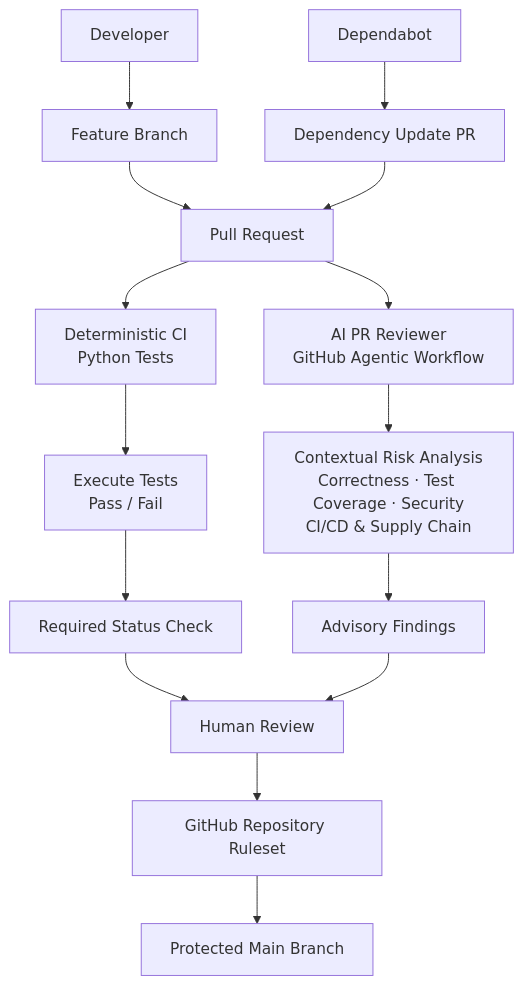
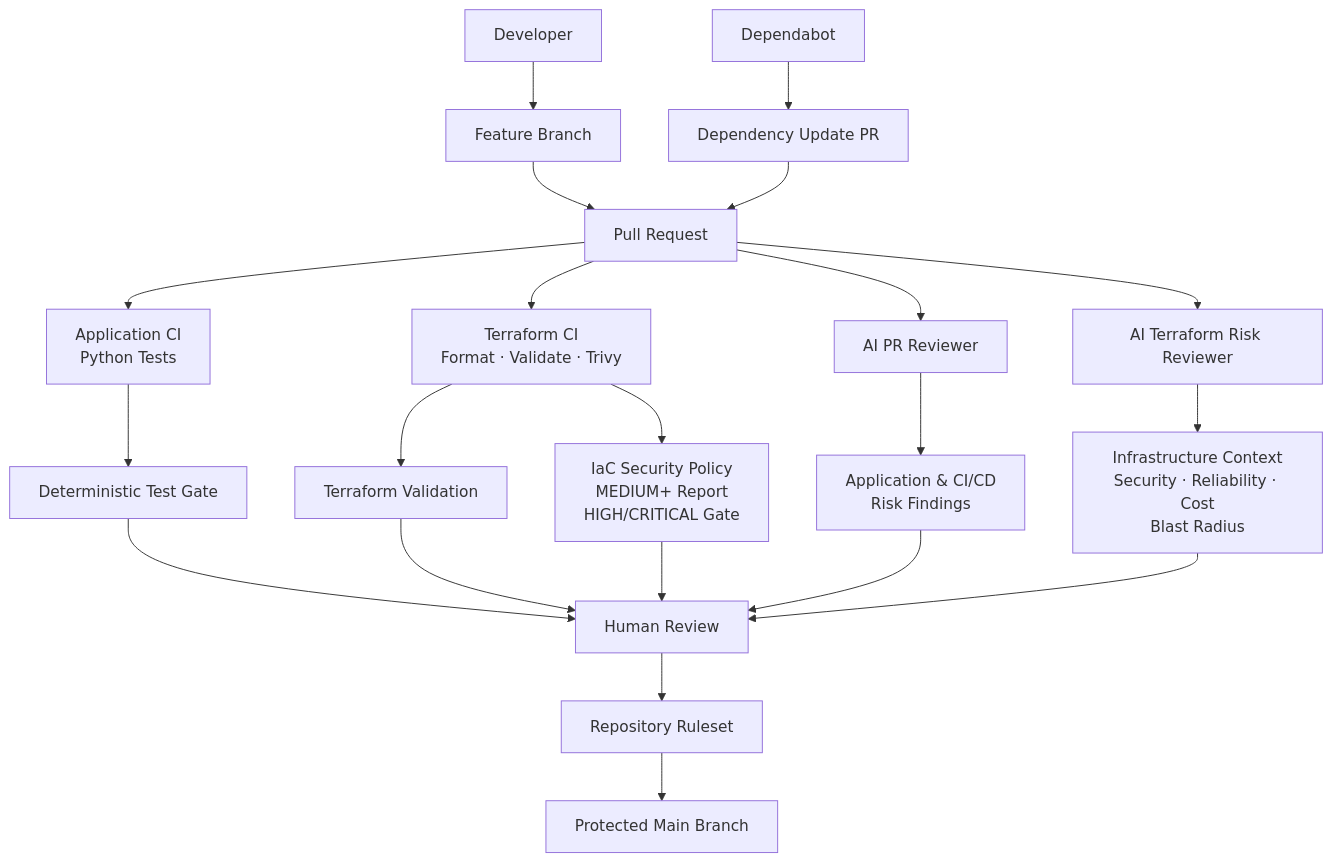
Before and after one commit to StarAndStripe/agentic-devsecops-pipeline: the diagram in README.md, drawn with Mermaid. The commit also changed other lines of this file and 12 other files, not shown here.

First line of the commit message:
feat: add Terraform infrastructure risk review demo (#8)

````diff
--- a/README.md
+++ b/README.md
@@ -50,23 +51,32 @@
 ```mermaid
 flowchart TD
+
     DEV["Developer"] --> BRANCH["Feature Branch"]
     BRANCH --> PR["Pull Request"]
 
     DEP["Dependabot"] --> UPDATE["Dependency Update PR"]
     UPDATE --> PR
 
-    PR --> CI["Deterministic CI<br/>Python Tests"]
-    PR --> AGENT["AI PR Reviewer<br/>GitHub Agentic Workflow"]
+    PR --> APP_CI["Application CI<br/>Python Tests"]
+    PR --> TF_CI["Terraform CI<br/>Format · Validate · Trivy"]
+    PR --> PR_AGENT["AI PR Reviewer"]
+    PR --> TF_AGENT["AI Terraform Risk Reviewer"]
 
-    CI --> TESTS["Execute Tests<br/>Pass / Fail"]
-    TESTS --> REQUIRED["Required Status Check"]
+    APP_CI --> TEST_GATE["Deterministic Test Gate"]
 
-    AGENT --> ANALYSIS["Contextual Risk Analysis<br/>Correctness · Test Coverage · Security<br/>CI/CD & Supply Chain"]
-    ANALYSIS --> ADVISORY["Advisory Findings"]
+    TF_CI --> TF_VALIDATE["Terraform Validation"]
+    TF_CI --> SECURITY["IaC Security Policy<br/>MEDIUM+ Report<br/>HIGH/CRITICAL Gate"]
 
-    REQUIRED --> HUMAN["Human Review"]
-    ADVISORY --> HUMAN
+    PR_AGENT --> CODE_FINDINGS["Application & CI/CD<br/>Risk Findings"]
 
-    HUMAN --> RULESET["GitHub Repository Ruleset"]
+    TF_AGENT --> INFRA_FINDINGS["Infrastructure Context<br/>Security · Reliability · Cost<br/>Blast Radius"]
+
+    TEST_GATE --> HUMAN["Human Review"]
+    TF_VALIDATE --> HUMAN
+    SECURITY --> HUMAN
+    CODE_FINDINGS --> HUMAN
+    INFRA_FINDINGS --> HUMAN
+
+    HUMAN --> RULESET["Repository Ruleset"]
     RULESET --> MAIN["Protected Main Branch"]
 ```
````
